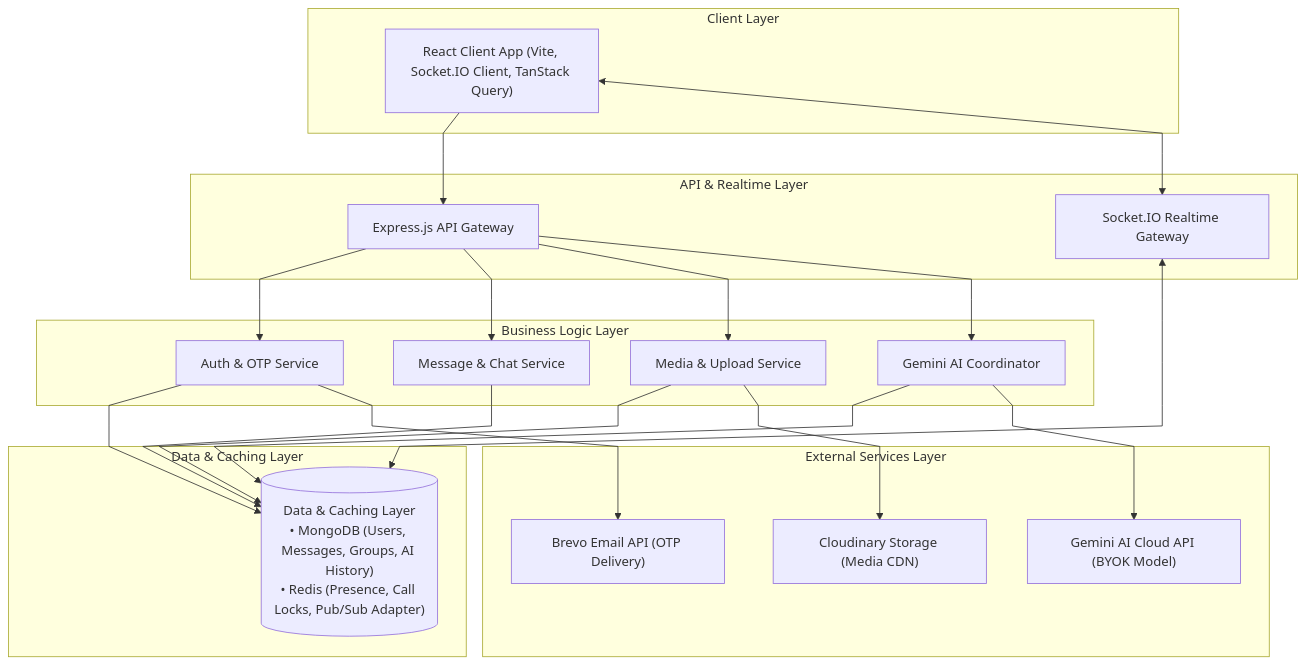
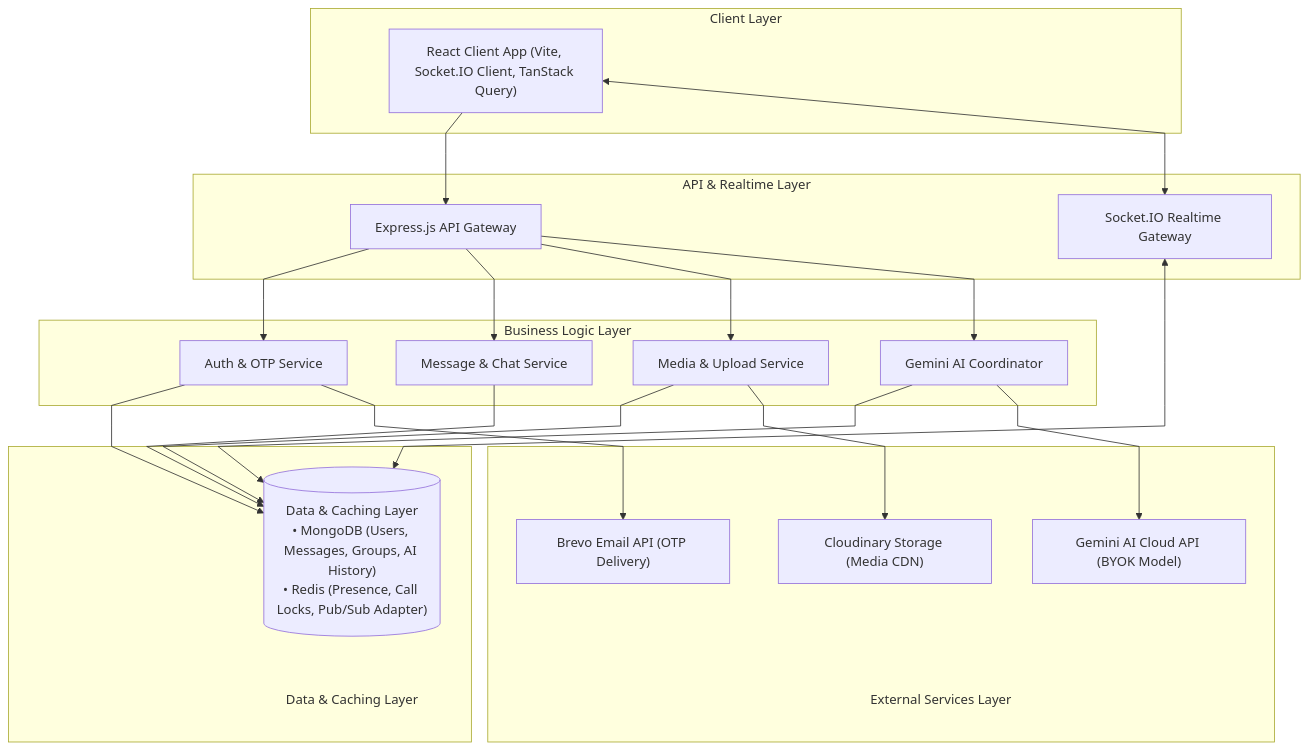
Before and after one commit to SABARITHAN-P/vertex-connect: the first of 2 diagrams in docs/architecture.md, drawn with Mermaid. The commit also changed 6 other files, not shown here.

````diff
--- a/docs/architecture.md
+++ b/docs/architecture.md
@@ -11,60 +11,69 @@
 ```mermaid
 %%{ init: { 'flowchart': { 'curve': 'linear' } } }%%
 flowchart TD
     %% 1. Client Layer
     subgraph Client Layer
         Client["React Client App (Vite, Socket.IO Client, TanStack Query)"]
     end
 
     %% 2. API & Realtime Layer
     subgraph API & Realtime Layer
         ExpressAPI["Express.js API Gateway"]
         SocketGateway["Socket.IO Realtime Gateway"]
     end
 
     %% 3. Business Logic Layer
     subgraph Business Logic Layer
         AuthService["Auth & OTP Service"]
         MsgService["Message & Chat Service"]
         MediaService["Media & Upload Service"]
         AIService["Gemini AI Coordinator"]
     end
 
     %% 4. Data Layer
-    subgraph Data & Caching Layer
+    subgraph " "
         DataLayer[("Data & Caching Layer<br/>• MongoDB (Users, Messages, Groups, AI History)<br/>• Redis (Presence, Call Locks, Pub/Sub Adapter)")]
+        Title4["Data & Caching Layer"]
+        DataLayer ~~~ Title4
     end
+    style Title4 fill:none,stroke:none
 
     %% 5. External Services Layer
-    subgraph External Services Layer
+    subgraph " "
         Brevo["Brevo Email API (OTP Delivery)"]
         Cloudinary["Cloudinary Storage (Media CDN)"]
         GeminiAPI["Gemini AI Cloud API (BYOK Model)"]
+        Title5["External Services Layer"]
+        Brevo ~~~ Title5
+        Cloudinary ~~~ Title5
+        GeminiAPI ~~~ Title5
     end
+    style Title5 fill:none,stroke:none
+
 
     %% --- Request & Data Flow ---
 
     %% Client to API Gateways
     Client --> ExpressAPI
     Client <--> SocketGateway
 
     %% API Gateways to Services
     ExpressAPI --> AuthService
     ExpressAPI --> MsgService
     ExpressAPI --> MediaService
     ExpressAPI --> AIService
     
     %% Socket Gateway presence & pub/sub adapter
     SocketGateway <--> DataLayer
 
     %% Services to Data & Caching
     AuthService --> DataLayer
     MsgService --> DataLayer
     MediaService --> DataLayer
     AIService --> DataLayer
 
     %% Services to External API Gateways
     AuthService --> Brevo
     MediaService --> Cloudinary
     AIService --> GeminiAPI
 ```
````
